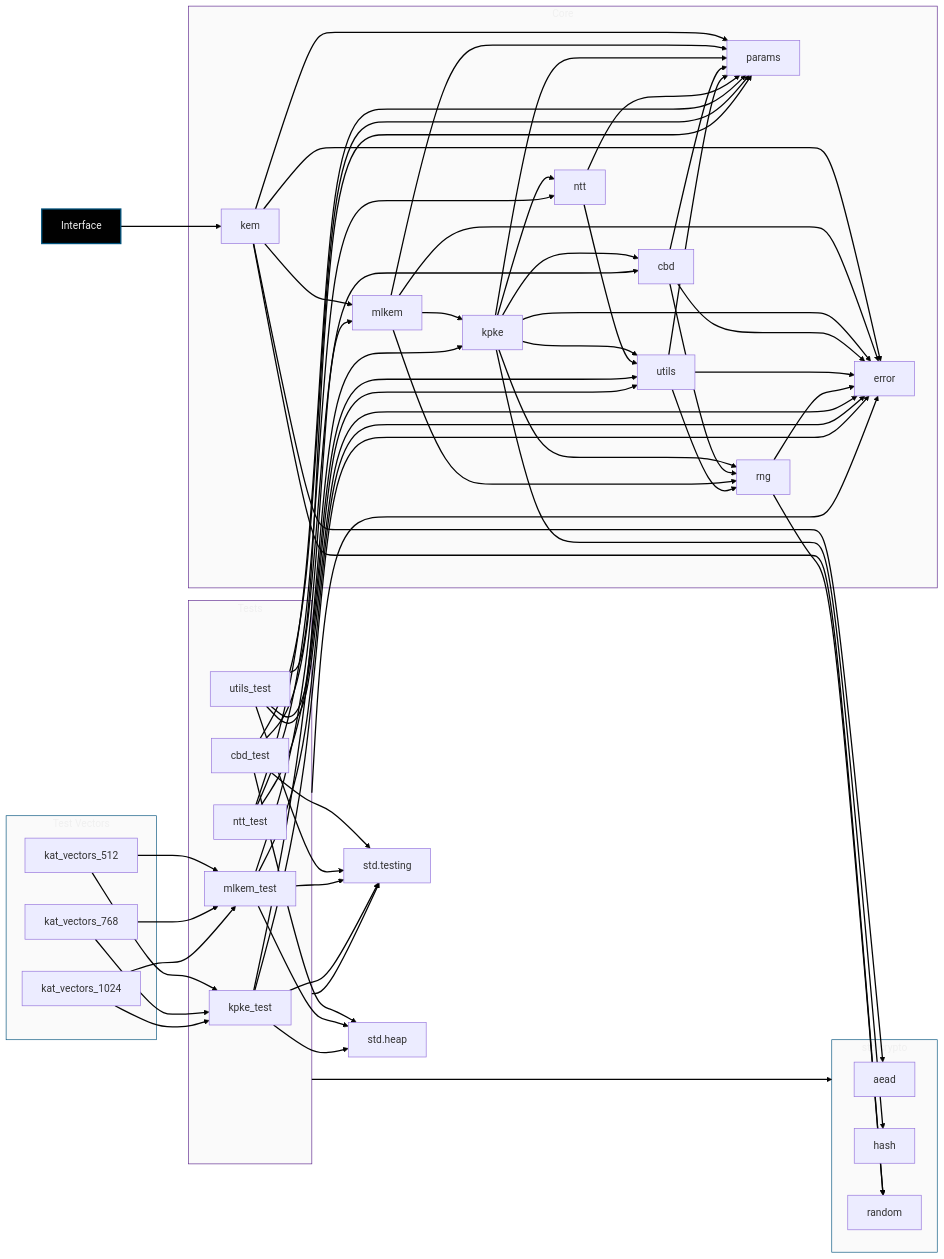
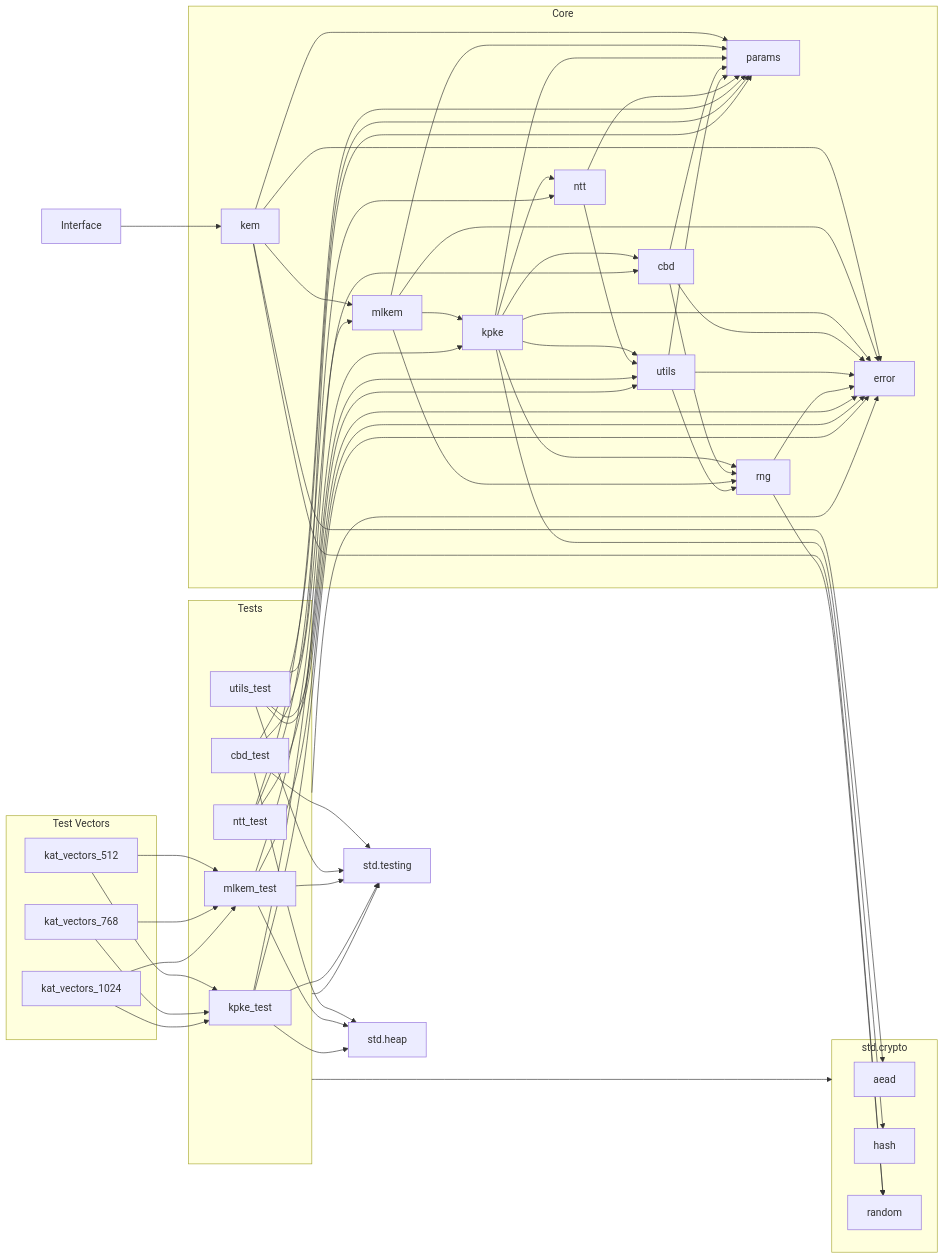
Before and after one commit to nshkrdotcom/zips: the diagram in README.md, drawn with Mermaid.

Commit message:
clean up deps and dep graph

````diff
--- a/README.md
+++ b/README.md
@@ -166,12 +166,4 @@
     kat_vectors_768 --> kpke_test
     kat_vectors_1024 --> mlkem_test
     kat_vectors_1024 --> kpke_test
-
-    style example fill:#010101,stroke:#00527C,stroke-width:2px,color:#f0f0f0
-    style Tests fill:#fafafa,stroke:#5C258D,stroke-width:1px,color:#f0f0f0
-    style Core fill:#fafafa,stroke:#5C258D,stroke-width:1px, color:#f0f0f0
-    style SC fill:#fafafa,stroke:#00527C,stroke-width:1px,color:#f0f0f0
-    style TV fill:#fafafa,stroke:#00527c,stroke-width:1px,color:#f0f0f0
-
-    linkStyle default stroke-width:2px,stroke:#030303
 ```
````
